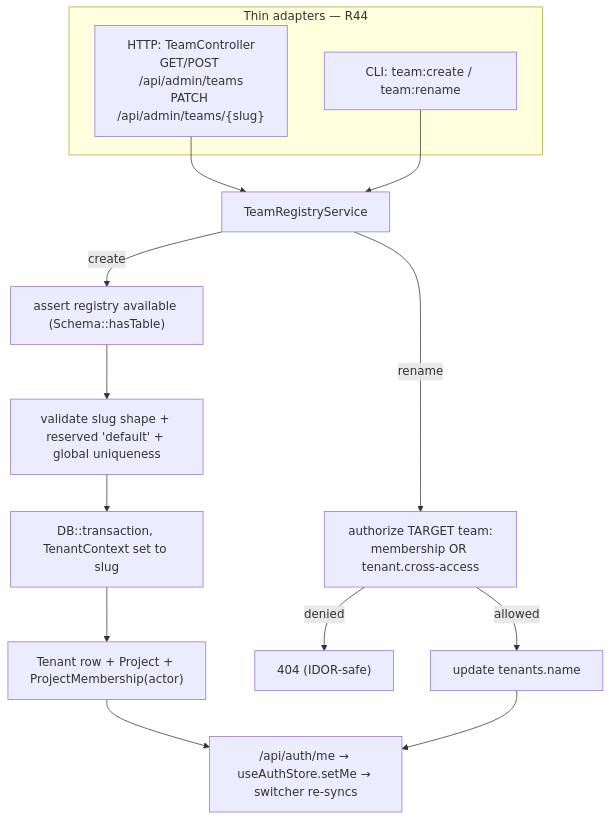
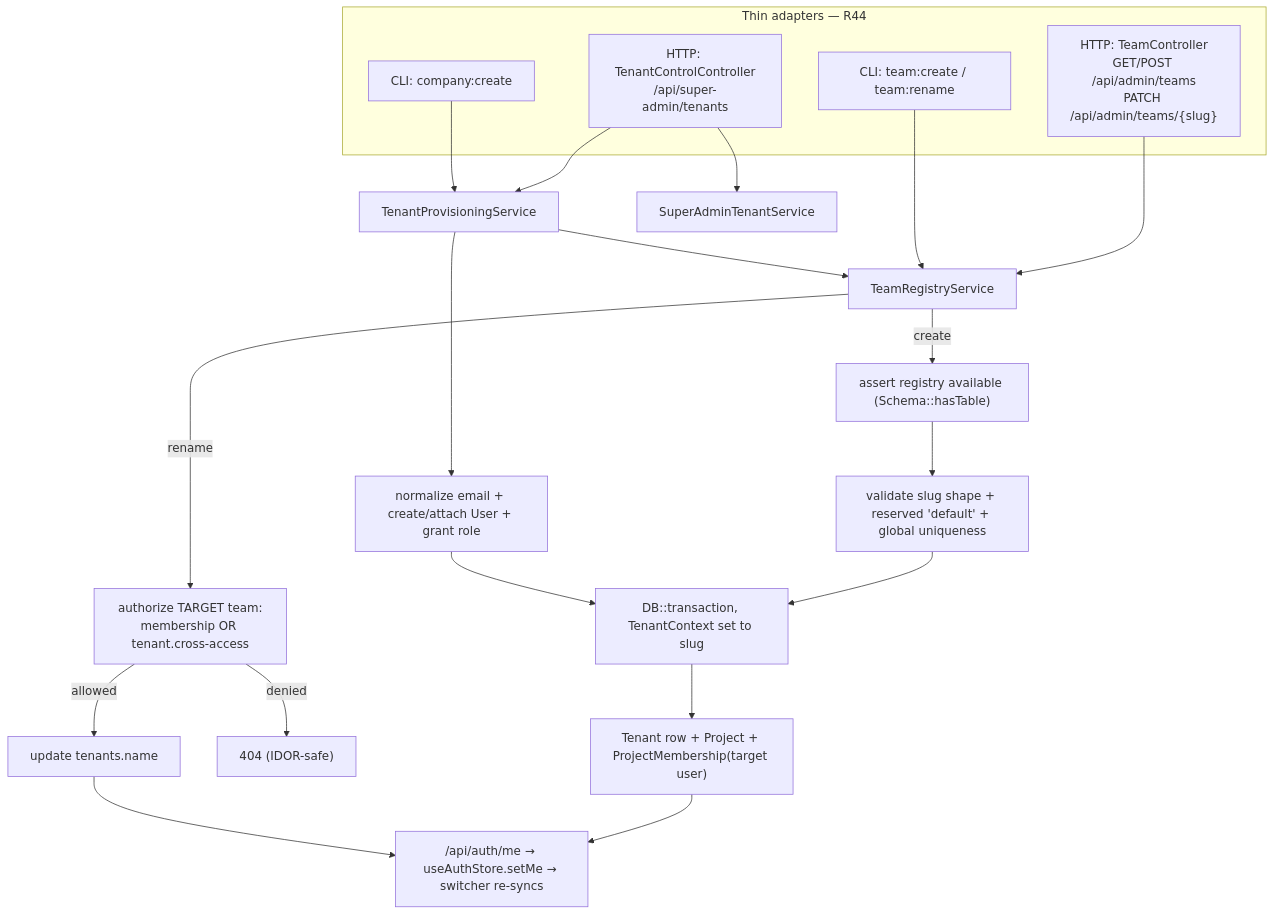
One commit to lopadova/AskMyDocs changed the diagram in docs-site/team-management.mdx. Above: the diagram before and after it, drawn with Mermaid. The commit also changed other lines of this file and 41 other files, not shown here.

First line of the commit message:
feat(admin): add super-admin tenant provisioning

````diff
--- a/docs-site/team-management.mdx
+++ b/docs-site/team-management.mdx
@@ -40,18 +40,26 @@
 ```mermaid
 flowchart TD
     subgraph Surfaces [Thin adapters — R44]
       H["HTTP: TeamController<br/>GET/POST /api/admin/teams<br/>PATCH /api/admin/teams/{slug}"]
       C["CLI: team:create / team:rename"]
+      P["HTTP: TenantControlController<br/>/api/super-admin/tenants"]
+      CC["CLI: company:create"]
     end
     H --> S[TeamRegistryService]
     C --> S
+    P --> PS[TenantProvisioningService]
+    CC --> PS
+    PS --> S
+    P --> CS[SuperAdminTenantService]
     S -->|create| T1["assert registry available (Schema::hasTable)"]
     T1 --> T2["validate slug shape + reserved 'default' + global uniqueness"]
     T2 --> T3["DB::transaction, TenantContext set to slug"]
-    T3 --> T4["Tenant row + Project + ProjectMembership(actor)"]
+    T3 --> T4["Tenant row + Project + ProjectMembership(target user)"]
+    PS --> U["normalize email + create/attach User + grant role"]
+    U --> T3
     S -->|rename| R1["authorize TARGET team:<br/>membership OR tenant.cross-access"]
     R1 -->|denied| R2["404 (IDOR-safe)"]
     R1 -->|allowed| R3["update tenants.name"]
     T4 --> M["/api/auth/me → useAuthStore.setMe → switcher re-syncs"]
     R3 --> M
 ```
````
